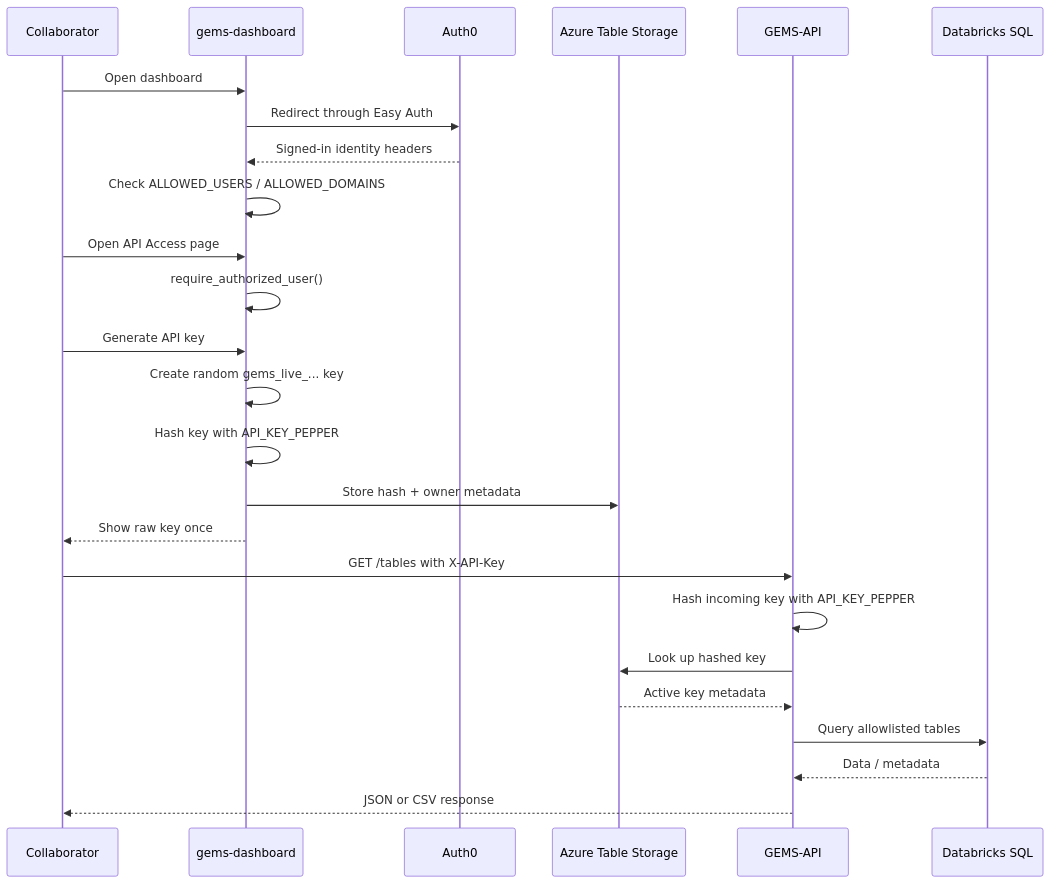
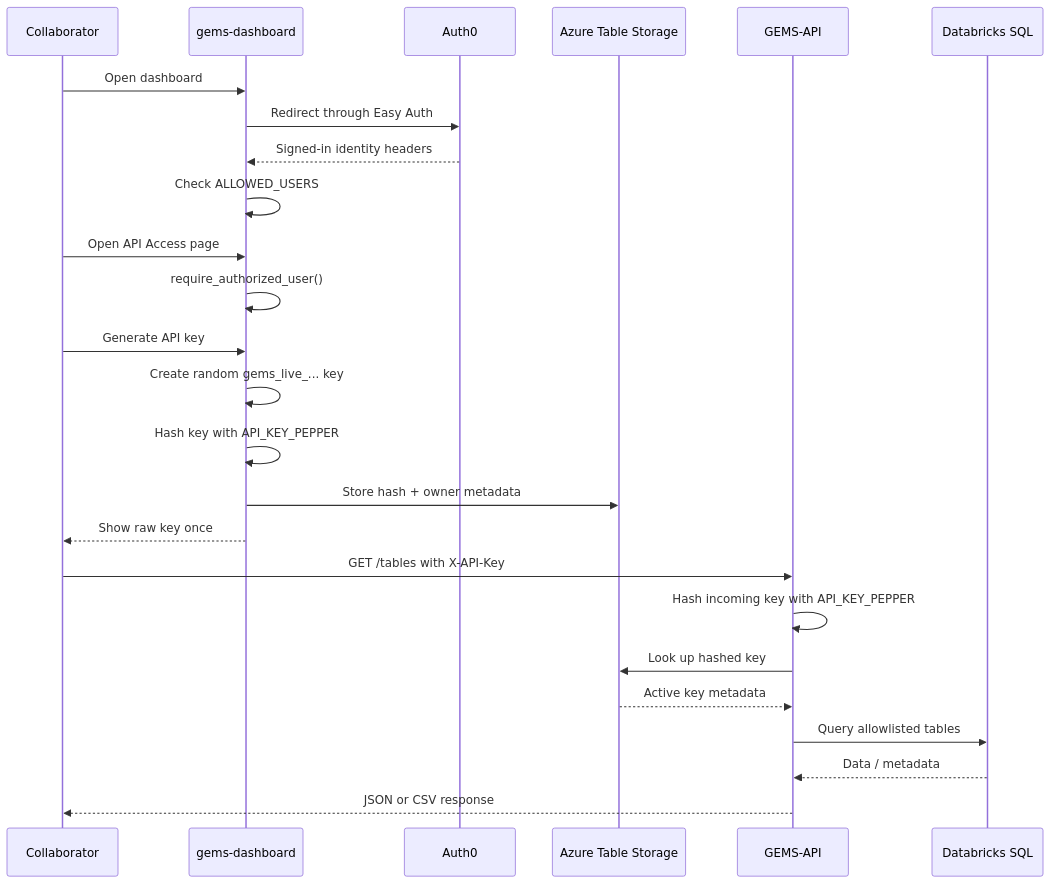
One commit to gems-project/gems-api changed the second of 2 diagrams in note_api_dashboard.md. Above: the diagram before and after it, drawn with Mermaid. The commit also changed other lines of this file and 27 other files, not shown here.

````diff
--- a/note_api_dashboard.md
+++ b/note_api_dashboard.md
@@ -97,29 +97,29 @@
 ```mermaid
 sequenceDiagram
     participant User as Collaborator
     participant Dash as gems-dashboard
     participant Auth0 as Auth0
     participant Table as Azure Table Storage
     participant API as GEMS-API
     participant DB as Databricks SQL
 
     User->>Dash: Open dashboard
     Dash->>Auth0: Redirect through Easy Auth
     Auth0-->>Dash: Signed-in identity headers
-    Dash->>Dash: Check ALLOWED_USERS / ALLOWED_DOMAINS
+    Dash->>Dash: Check ALLOWED_USERS
     User->>Dash: Open API Access page
     Dash->>Dash: require_authorized_user()
     User->>Dash: Generate API key
     Dash->>Dash: Create random gems_live_... key
     Dash->>Dash: Hash key with API_KEY_PEPPER
     Dash->>Table: Store hash + owner metadata
     Dash-->>User: Show raw key once
 
     User->>API: GET /tables with X-API-Key
     API->>API: Hash incoming key with API_KEY_PEPPER
     API->>Table: Look up hashed key
     Table-->>API: Active key metadata
     API->>DB: Query allowlisted tables
     DB-->>API: Data / metadata
     API-->>User: JSON or CSV response
 ```
````
